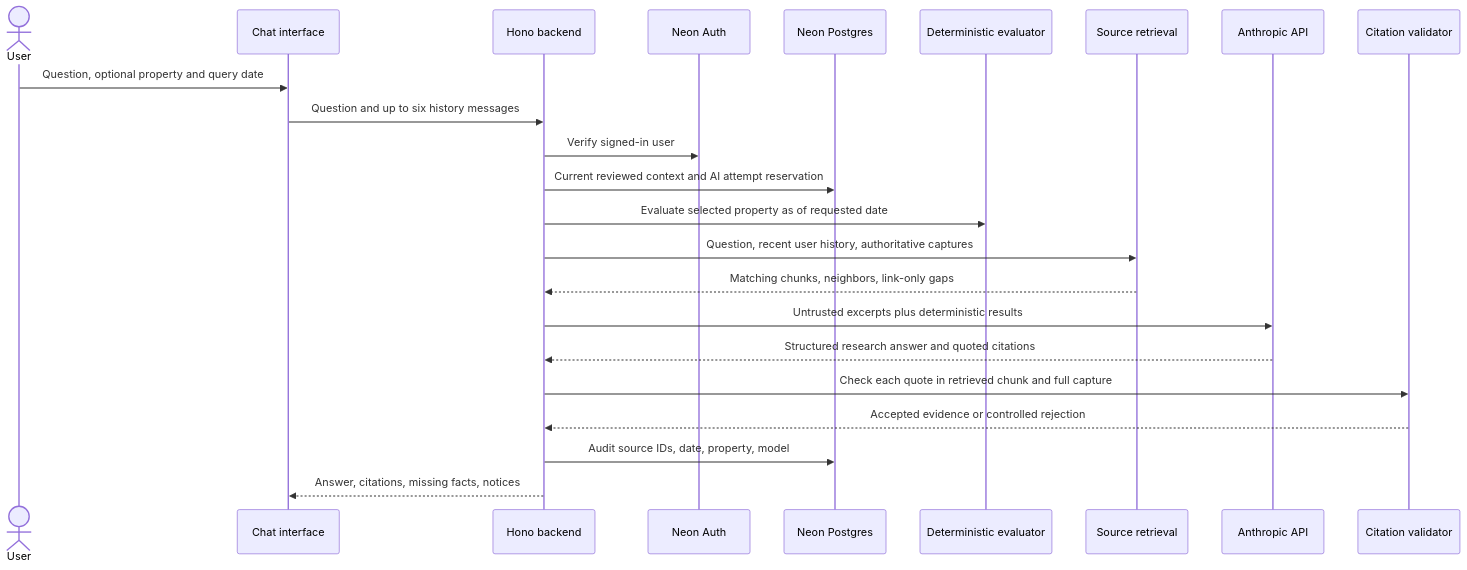
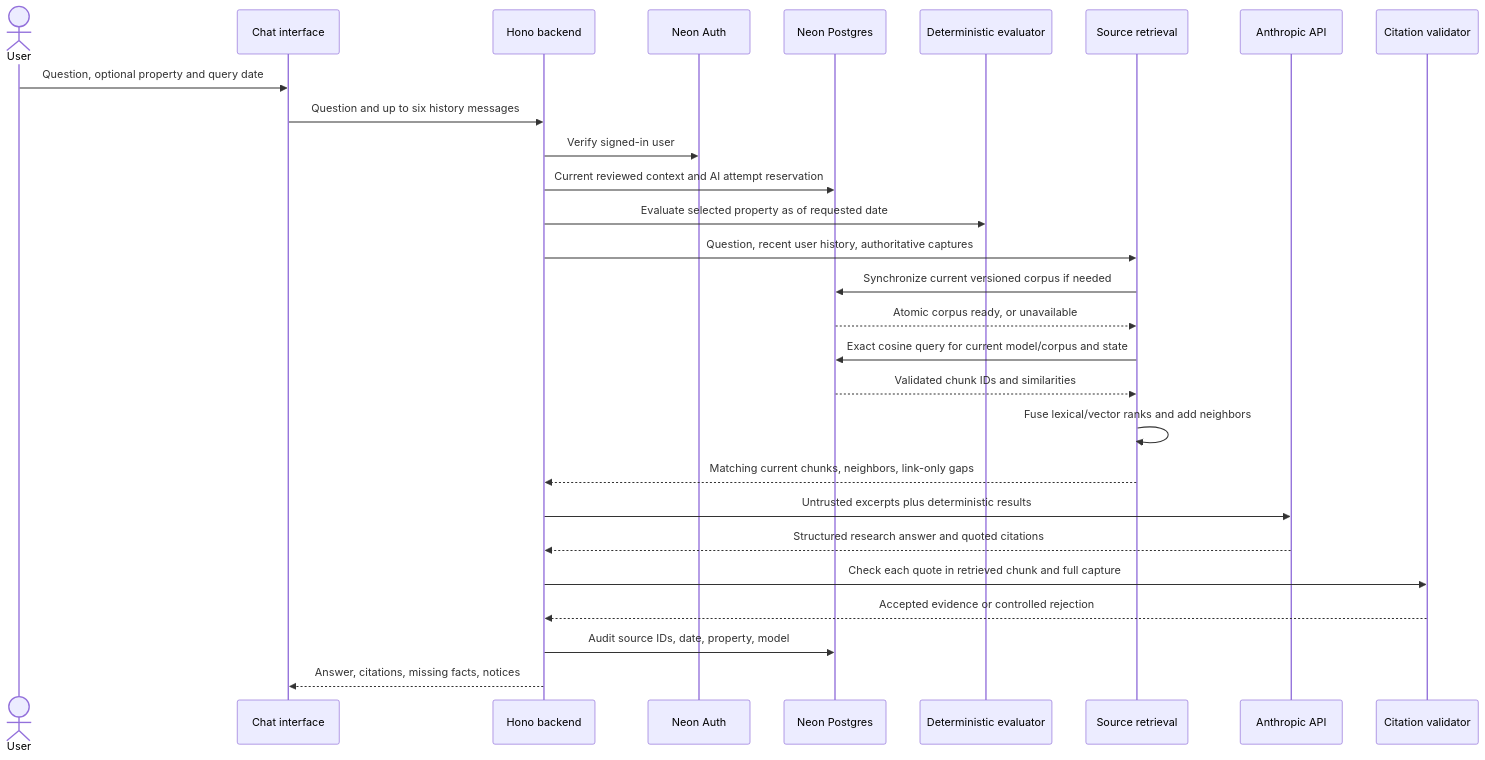
The fifth of 5 diagrams in docs/architecture.md (newpoluton-alt/LEXRENT), drawn with Mermaid before and after one commit. The commit also changed other lines of this file and 27 other files, not shown here.

Commit message:
Add source-validated Neon vector retrieval for Claude

````diff
--- a/docs/architecture.md
+++ b/docs/architecture.md
@@ -224,25 +256,30 @@
 ```mermaid
 sequenceDiagram
     actor User
     participant UI as Chat interface
     participant API as Hono backend
     participant Auth as Neon Auth
     participant DB as Neon Postgres
     participant Domain as Deterministic evaluator
     participant Retrieve as Source retrieval
     participant Claude as Anthropic API
     participant Check as Citation validator
     User->>UI: Question, optional property and query date
     UI->>API: Question and up to six history messages
     API->>Auth: Verify signed-in user
     API->>DB: Current reviewed context and AI attempt reservation
     API->>Domain: Evaluate selected property as of requested date
     API->>Retrieve: Question, recent user history, authoritative captures
-    Retrieve-->>API: Matching chunks, neighbors, link-only gaps
+    Retrieve->>DB: Synchronize current versioned corpus if needed
+    DB-->>Retrieve: Atomic corpus ready, or unavailable
+    Retrieve->>DB: Exact cosine query for current model/corpus and state
+    DB-->>Retrieve: Validated chunk IDs and similarities
+    Retrieve->>Retrieve: Fuse lexical/vector ranks and add neighbors
+    Retrieve-->>API: Matching current chunks, neighbors, link-only gaps
     API->>Claude: Untrusted excerpts plus deterministic results
     Claude-->>API: Structured research answer and quoted citations
     API->>Check: Check each quote in retrieved chunk and full capture
     Check-->>API: Accepted evidence or controlled rejection
     API->>DB: Audit source IDs, date, property, model
     API-->>UI: Answer, citations, missing facts, notices
 ```
````
